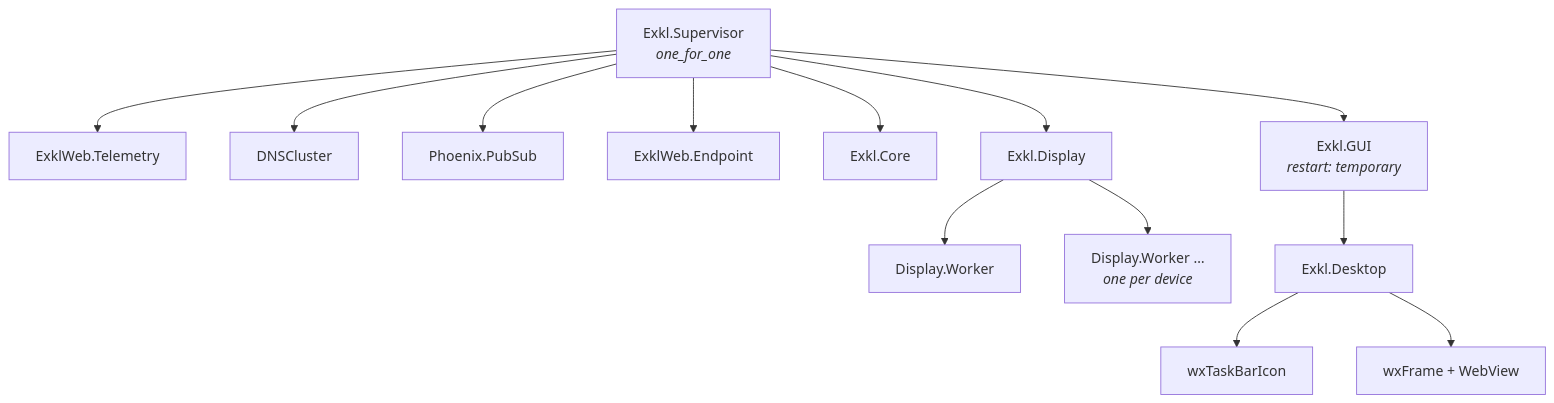
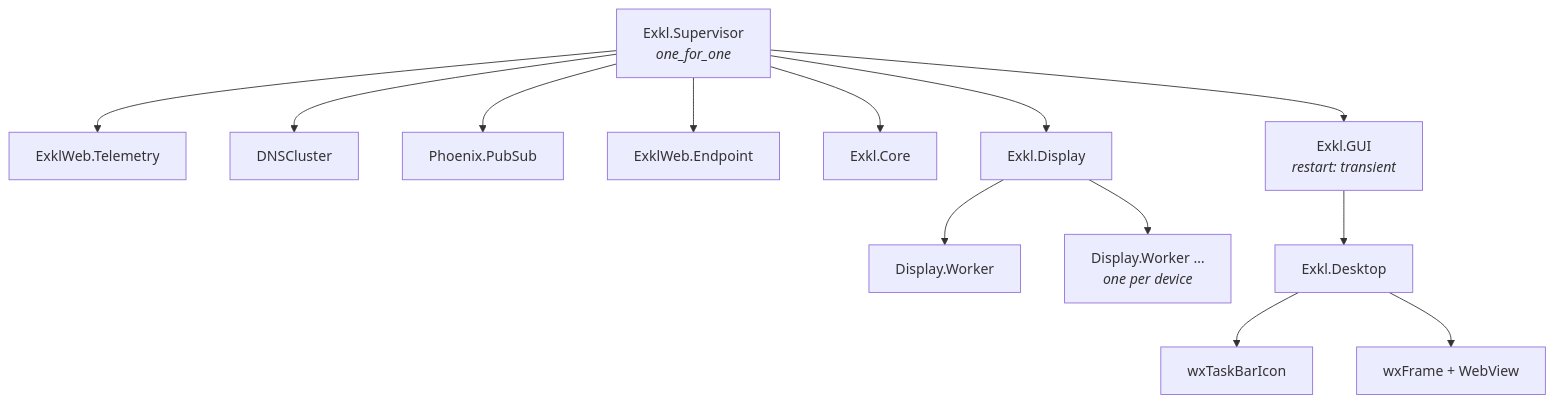
Before and after one commit to z7ealth/exkl: the first of 2 diagrams in docs/ARCHITECTURE.md, drawn with Mermaid. The commit also changed other lines of this file and 1 other file, not shown here.

Commit message:
Make supervisor restart GUI

````diff
--- a/docs/ARCHITECTURE.md
+++ b/docs/ARCHITECTURE.md
@@ -7,19 +7,19 @@
 ```mermaid
 graph TD
   Root["Exkl.Supervisor<br/><i>one_for_one</i>"]
 
   Root --> Telemetry["ExklWeb.Telemetry"]
   Root --> DNS["DNSCluster"]
   Root --> PubSub["Phoenix.PubSub"]
   Root --> Endpoint["ExklWeb.Endpoint"]
   Root --> Core["Exkl.Core"]
   Root --> Display["Exkl.Display"]
-  Root --> GUI["Exkl.GUI<br/><i>restart: temporary</i>"]
+  Root --> GUI["Exkl.GUI<br/><i>restart: transient</i>"]
 
   Display --> Worker1["Display.Worker"]
   Display --> WorkerN["Display.Worker …<br/><i>one per device</i>"]
 
   GUI --> Desktop["Exkl.Desktop"]
   Desktop --> Tray["wxTaskBarIcon"]
   Desktop --> Window["wxFrame + WebView"]
 ```
````
